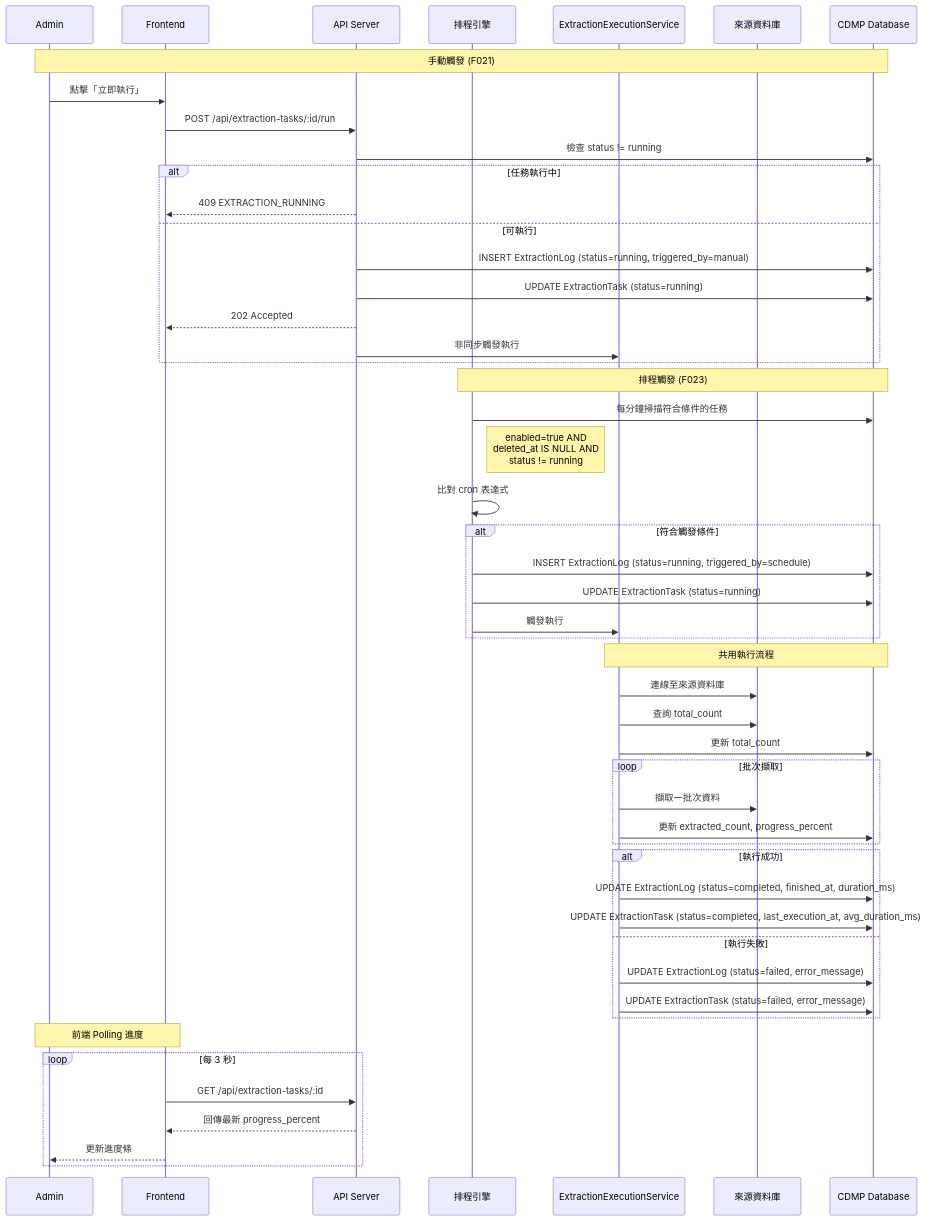
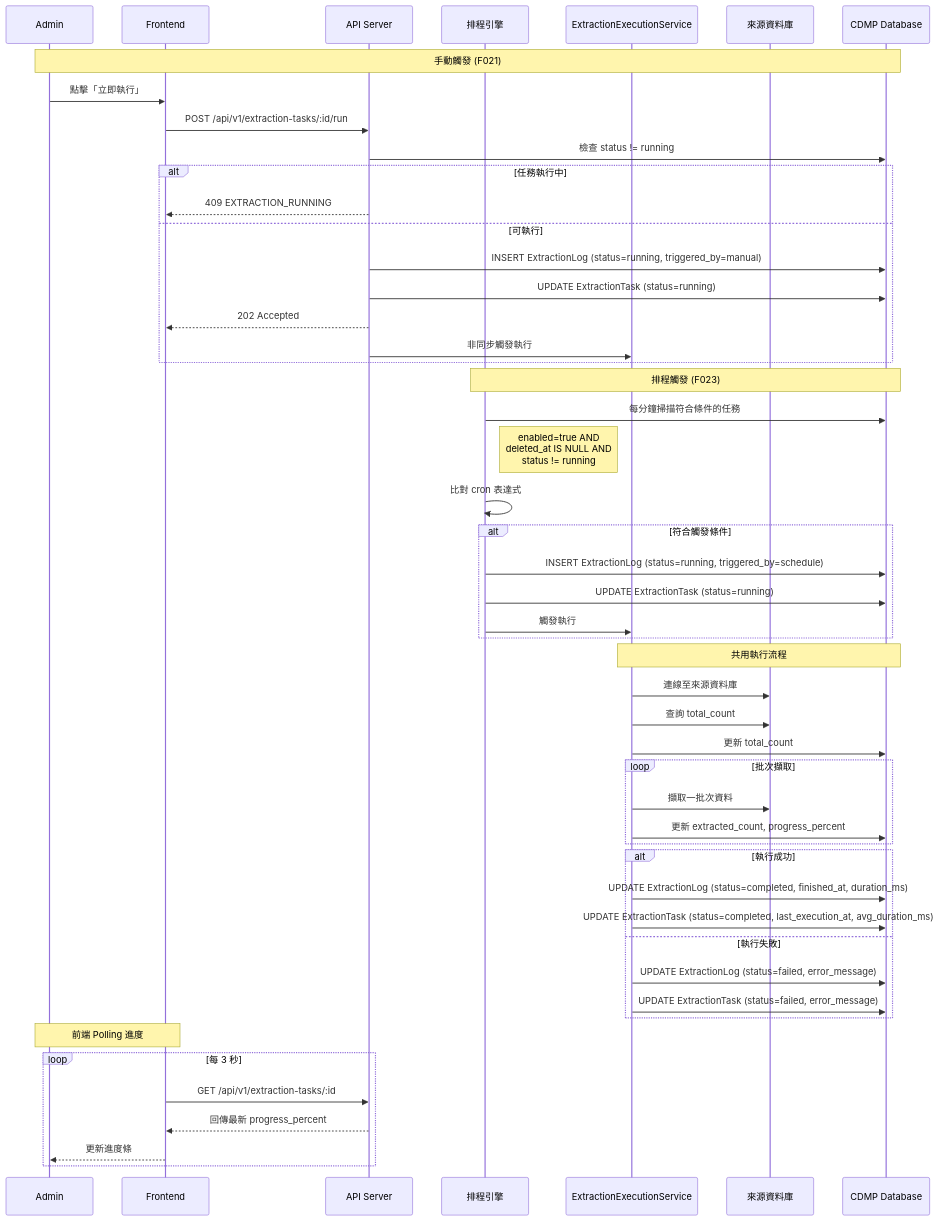
Before and after one commit to wisewhalesoft/cdmp-mvp: the diagram in docs/specs/diagrams/extraction-execution-flow.md, drawn with Mermaid. The commit also changed 18 other files, not shown here.

Commit message:
fix(E04): 統一 API 路徑前綴為 /api/v1/extraction-tasks

````diff
--- a/docs/specs/diagrams/extraction-execution-flow.md
+++ b/docs/specs/diagrams/extraction-execution-flow.md
@@ -1,57 +1,57 @@
 ```mermaid
 %% 擷取任務執行流程 — 手動觸發與排程觸發
 sequenceDiagram
     participant Admin
     participant Frontend
     participant API as API Server
     participant Scheduler as 排程引擎
     participant Executor as ExtractionExecutionService
     participant SourceDB as 來源資料庫
     participant DB as CDMP Database
 
     Note over Admin, DB: 手動觸發 (F021)
     Admin->>Frontend: 點擊「立即執行」
-    Frontend->>API: POST /api/extraction-tasks/:id/run
+    Frontend->>API: POST /api/v1/extraction-tasks/:id/run
     API->>DB: 檢查 status != running
     alt 任務執行中
         API-->>Frontend: 409 EXTRACTION_RUNNING
     else 可執行
         API->>DB: INSERT ExtractionLog (status=running, triggered_by=manual)
         API->>DB: UPDATE ExtractionTask (status=running)
         API-->>Frontend: 202 Accepted
         API->>Executor: 非同步觸發執行
     end
 
     Note over Scheduler, DB: 排程觸發 (F023)
     Scheduler->>DB: 每分鐘掃描符合條件的任務
     Note right of Scheduler: enabled=true AND<br/>deleted_at IS NULL AND<br/>status != running
     Scheduler->>Scheduler: 比對 cron 表達式
     alt 符合觸發條件
         Scheduler->>DB: INSERT ExtractionLog (status=running, triggered_by=schedule)
         Scheduler->>DB: UPDATE ExtractionTask (status=running)
         Scheduler->>Executor: 觸發執行
     end
 
     Note over Executor, DB: 共用執行流程
     Executor->>SourceDB: 連線至來源資料庫
     Executor->>SourceDB: 查詢 total_count
     Executor->>DB: 更新 total_count
     loop 批次擷取
         Executor->>SourceDB: 擷取一批次資料
         Executor->>DB: 更新 extracted_count, progress_percent
     end
     alt 執行成功
         Executor->>DB: UPDATE ExtractionLog (status=completed, finished_at, duration_ms)
         Executor->>DB: UPDATE ExtractionTask (status=completed, last_execution_at, avg_duration_ms)
     else 執行失敗
         Executor->>DB: UPDATE ExtractionLog (status=failed, error_message)
         Executor->>DB: UPDATE ExtractionTask (status=failed, error_message)
     end
 
     Note over Admin, Frontend: 前端 Polling 進度
     loop 每 3 秒
-        Frontend->>API: GET /api/extraction-tasks/:id
+        Frontend->>API: GET /api/v1/extraction-tasks/:id
         API-->>Frontend: 回傳最新 progress_percent
         Frontend-->>Admin: 更新進度條
     end
 ```
````
